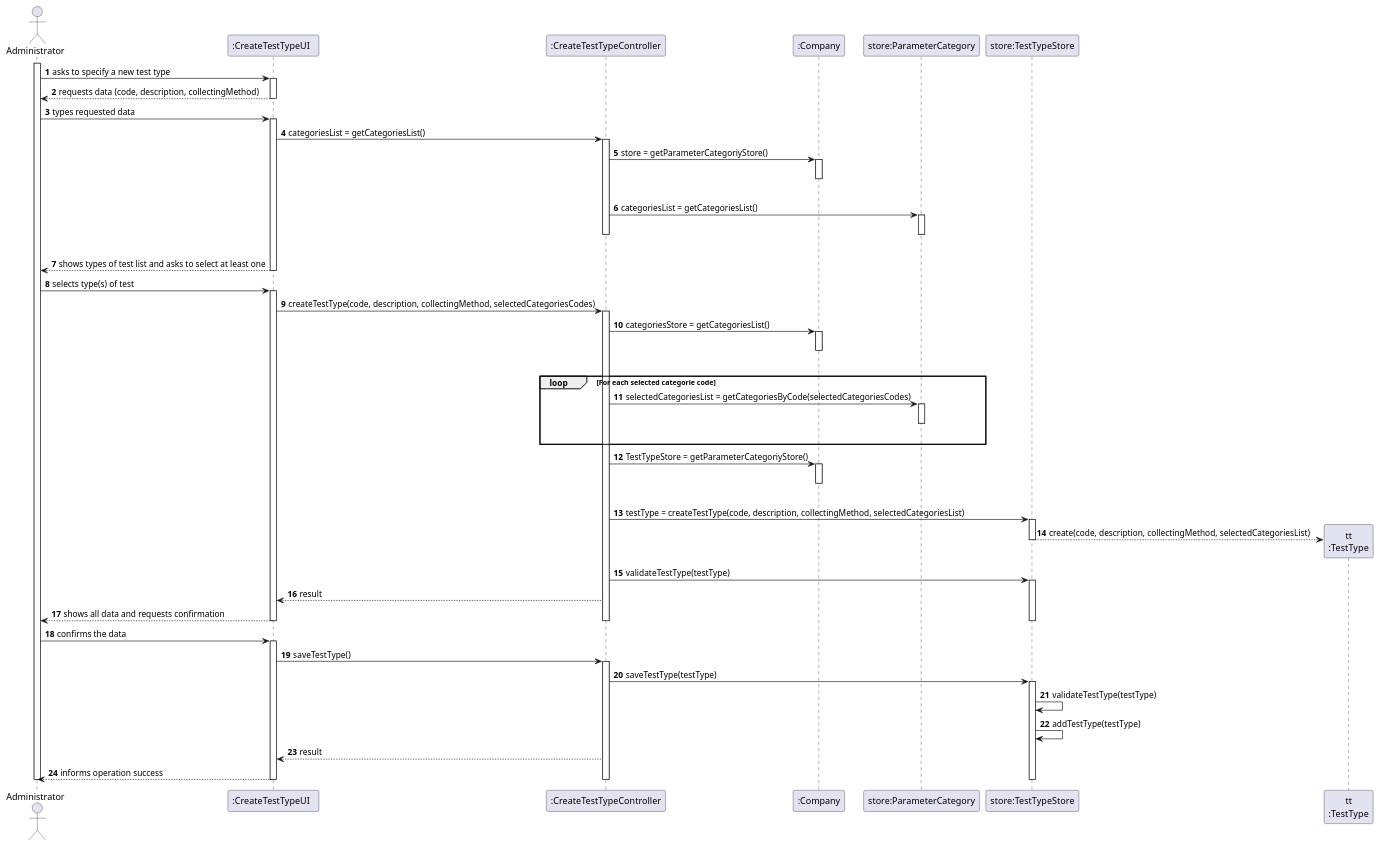
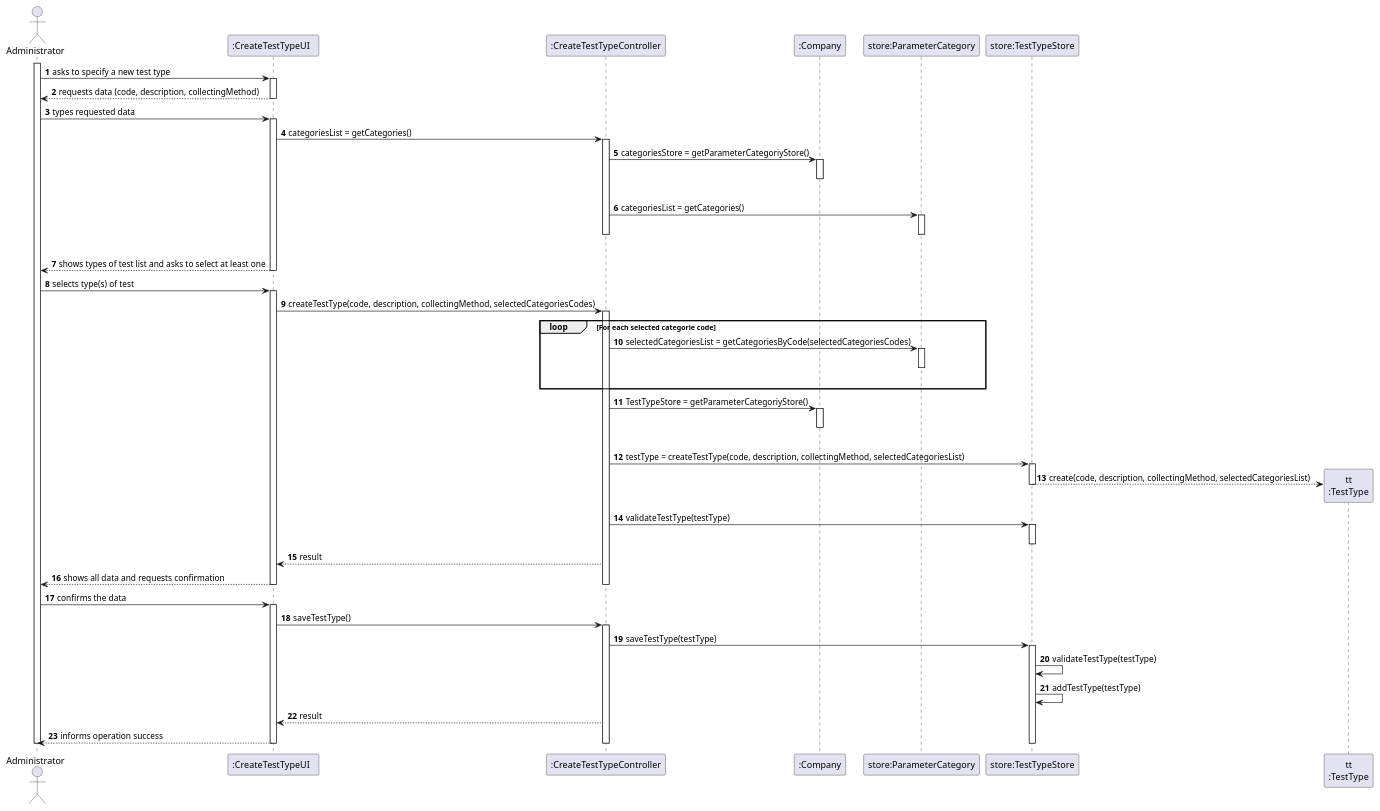
One commit to ana-albergaria/LAPR2-ISEP changed the diagram in docs/SprintB/US_9/US9_SD.puml. Above: the diagram before and after it, drawn with PlantUML. The commit also changed 1 other file, not shown here.

```diff
--- a/docs/SprintB/US_9/US9_SD.puml
+++ b/docs/SprintB/US_9/US9_SD.puml
@@ -1,99 +1,100 @@
 @startuml
 autonumber
 'hide footbox
 actor "Administrator" as ADM
 
 participant ":CreateTestTypeUI  " as UI
 participant ":CreateTestTypeController" as CTRL
 participant ":Company" as PLAT
 participant "store:ParameterCategory" as TEST_TYPE_STORE
 /'participant ":Platform" as PLAT'/
 participant "store:TestTypeStore" as ORG
 participant "tt\n:TestType" as TAREFA
 
 
 activate ADM
 ADM -> UI : asks to specify a new test type
 activate UI
 UI --> ADM : requests data (code, description, collectingMethod)
 deactivate UI
 
 ADM -> UI : types requested data
 activate UI
 
-UI -> CTRL : categoriesList = getCategoriesList()
+UI -> CTRL : categoriesList = getCategories()
 activate CTRL
 
-CTRL -> PLAT : store = getParameterCategoriyStore()
+CTRL -> PLAT : categoriesStore = getParameterCategoriyStore()
 activate PLAT
 |||
 deactivate PLAT
 
-CTRL -> TEST_TYPE_STORE : categoriesList = getCategoriesList()
+CTRL -> TEST_TYPE_STORE : categoriesList = getCategories()
 activate TEST_TYPE_STORE
 |||
 deactivate TEST_TYPE_STORE
 deactivate CTRL
 
 UI --> ADM : shows types of test list and asks to select at least one
 deactivate PLAT
 deactivate UI
 
 ADM -> UI : selects type(s) of test
 activate UI
 
 UI -> CTRL : createTestType(code, description, collectingMethod, selectedCategoriesCodes)
 activate CTRL
 
-CTRL -> PLAT : categoriesStore = getCategoriesList()
+/'CTRL -> PLAT : categoriesStore = getCategoriesList()
 activate PLAT
 |||
-deactivate PLAT
+deactivate PLAT'/
 
 loop For each selected categorie code
 CTRL -> TEST_TYPE_STORE : selectedCategoriesList = getCategoriesByCode(selectedCategoriesCodes)
 activate TEST_TYPE_STORE
 |||
 deactivate TEST_TYPE_STORE
 end
 
 CTRL -> PLAT : TestTypeStore = getParameterCategoriyStore()
 activate PLAT
 |||
 deactivate PLAT
 CTRL -> ORG: testType = createTestType(code, description, collectingMethod, selectedCategoriesList)
 activate ORG
 
 ORG --> TAREFA**: create(code, description, collectingMethod, selectedCategoriesList)
 deactivate ORG
 CTRL -> ORG: validateTestType(testType)
 activate ORG
+deactivate ORG
 CTRL --> UI: result
 
 UI --> ADM: shows all data and requests confirmation
 deactivate ORG
 deactivate PLAT
 deactivate CTRL
 deactivate UI
 
 ADM -> UI : confirms the data
 activate UI
 UI -> CTRL : saveTestType()
 activate CTRL
 
 CTRL -> ORG : saveTestType(testType)
 activate ORG
 
 ORG -> ORG: validateTestType(testType)
 ORG -> ORG: addTestType(testType)
 
 CTRL --> UI: result
 
 UI --> ADM : informs operation success
 deactivate ORG
 deactivate CTRL
 deactivate UI
 
 deactivate ADM
 
 @enduml
```
